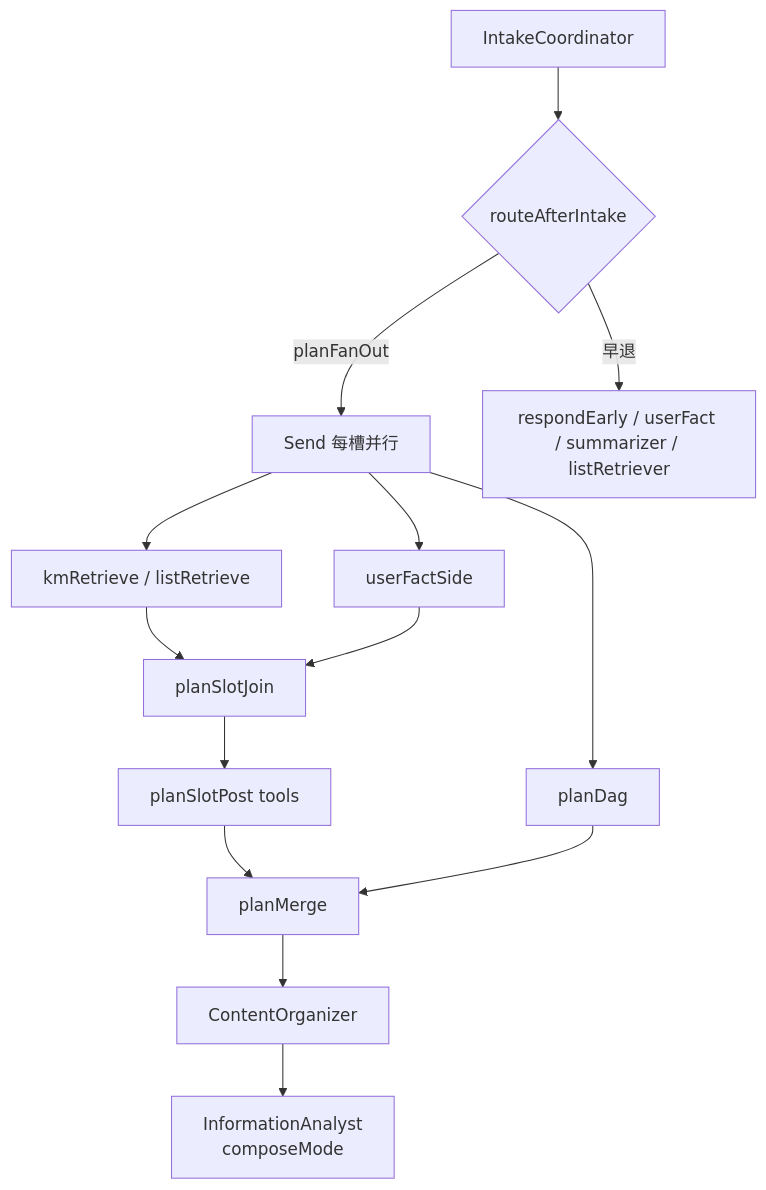
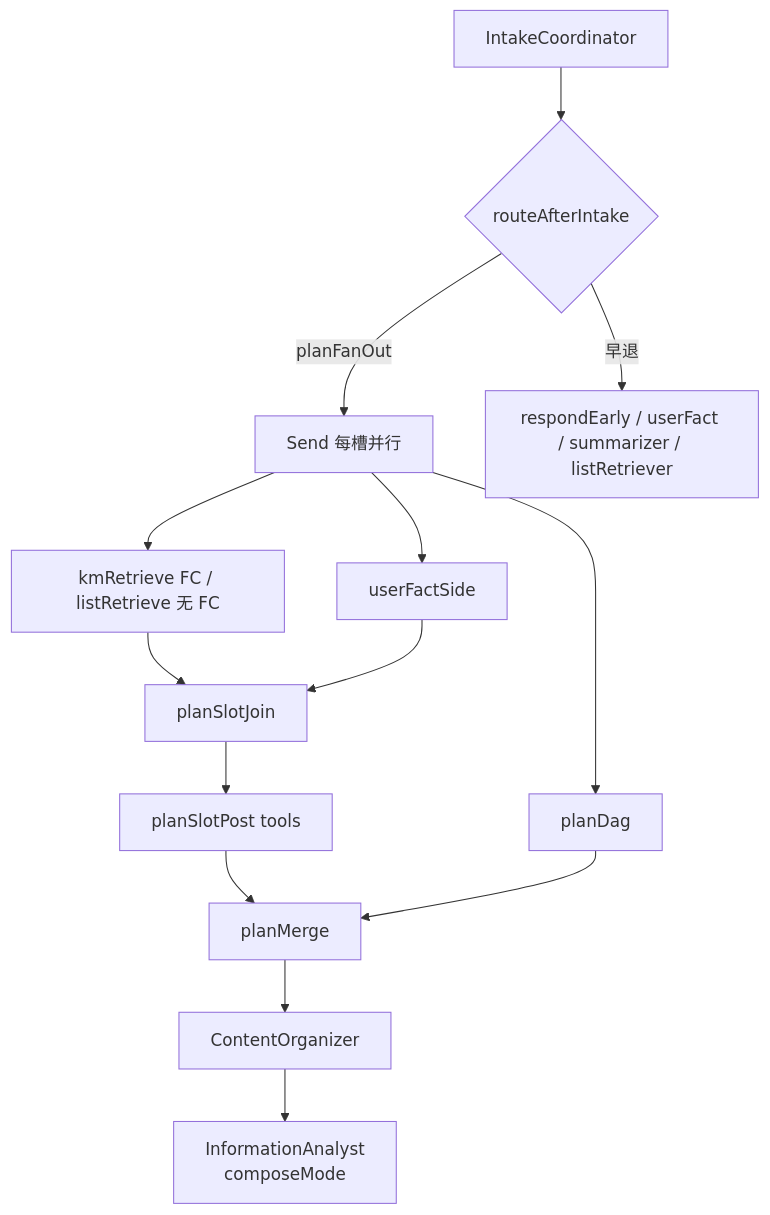
The fourth of 4 diagrams in docs/05-architecture-v2-tool-orchestration.md (panzhanfei/agent), drawn with Mermaid before and after one commit. The commit also changed other lines of this file and 116 other files, not shown here.

````diff
--- a/docs/05-architecture-v2-tool-orchestration.md
+++ b/docs/05-architecture-v2-tool-orchestration.md
@@ -307,16 +307,16 @@
 ```mermaid
 flowchart TD
   IC[IntakeCoordinator] --> R{routeAfterIntake}
   R -->|planFanOut| S[Send 每槽并行]
-  S --> PS[kmRetrieve / listRetrieve]
+  S --> PS[kmRetrieve FC / listRetrieve 无 FC]
   S --> PD[planDag]
   S --> UF[userFactSide]
   PS --> JOIN[planSlotJoin]
   UF --> JOIN
   JOIN --> POST[planSlotPost tools]
   POST --> M[planMerge]
   PD --> M
   R -->|早退| EARLY[respondEarly / userFact / summarizer / listRetriever]
   M --> CO[ContentOrganizer]
   CO --> IA[InformationAnalyst<br/>composeMode]
 ```
````
